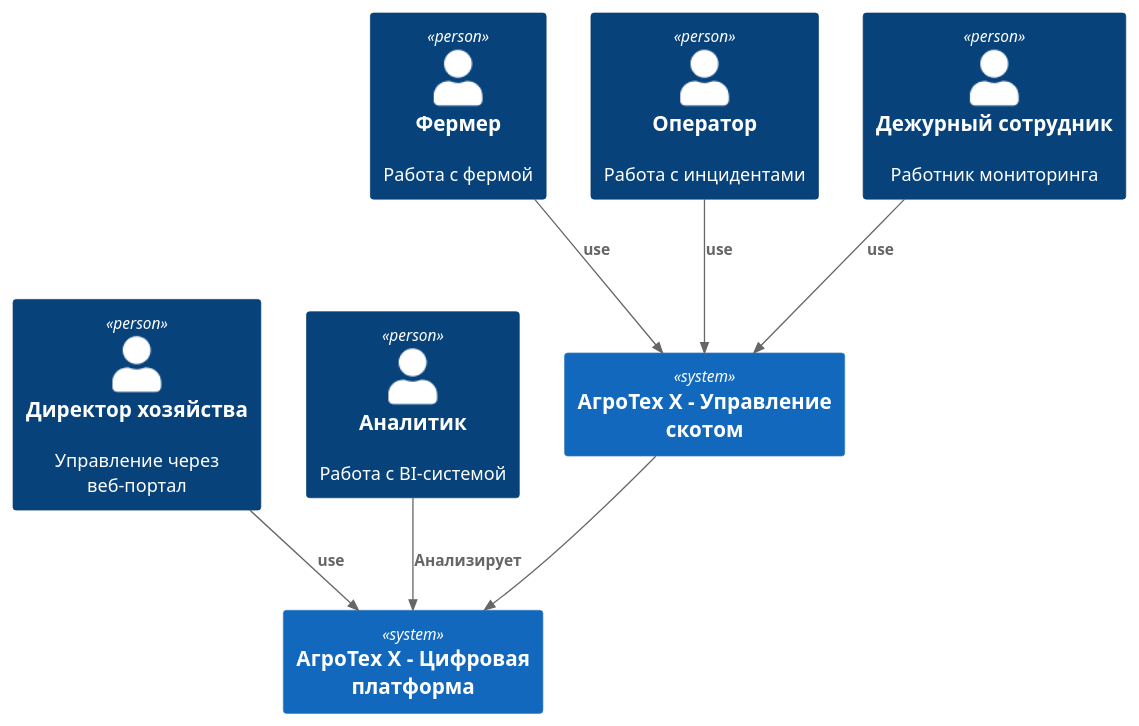
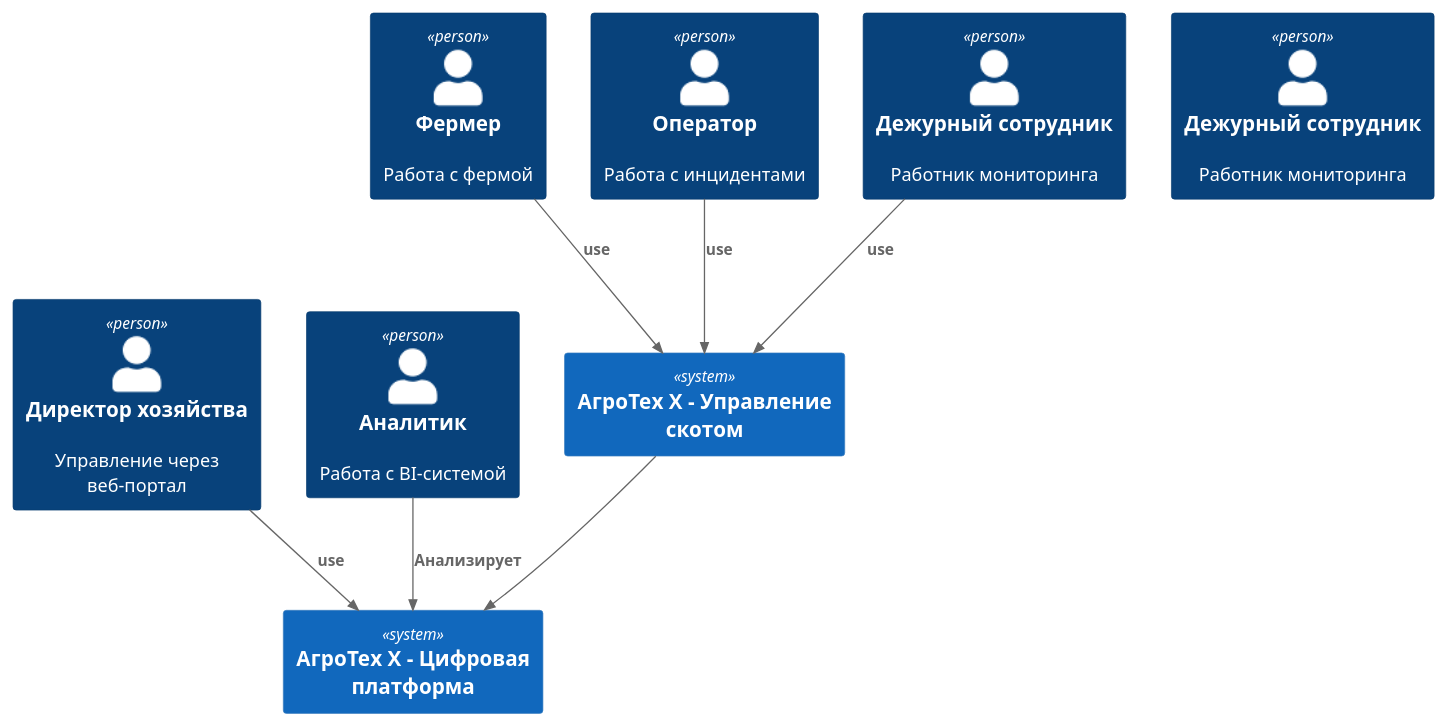
One commit to rof1ll/MSA-AgroTech changed the diagram in Task1/task1.puml. Above: the diagram before and after it, drawn with PlantUML.

```diff
--- a/Task1/task1.puml
+++ b/Task1/task1.puml
@@ -1,27 +1,27 @@
 @startuml Архитектура_АгроТех_Системы_v4
 
 !include https://raw.githubusercontent.com/plantuml-stdlib/C4-PlantUML/master/C4_Container.puml
 
 ' === Участники ===
 Person(директор, "Директор хозяйства", "Управление через веб-портал")
 Person(фермер, "Фермер", "Работа с фермой")
 Person(аналитик, "Аналитик", "Работа с BI-системой")
 Person(оператор, "Оператор", "Работа с инцидентами")
 Person(дежурный, "Дежурный сотрудник", "Работник мониторинга")
-
+Person(дежурный2, "Дежурный сотрудник", "Работник мониторинга")
 System(агро, "АгроТех Х - Управление скотом")
 System(цифр, "АгроТех Х - Цифровая платформа")
 
 
 ' === Взаимосвязи ===
 
 Rel(директор, цифр, "use")
 Rel(аналитик, цифр, "Анализирует")
 
 Rel(фермер, агро, "use")
 Rel(оператор, агро, "use")
 Rel(дежурный, агро, "use")
 
 Rel(агро, цифр, "")
 
 @enduml
```
